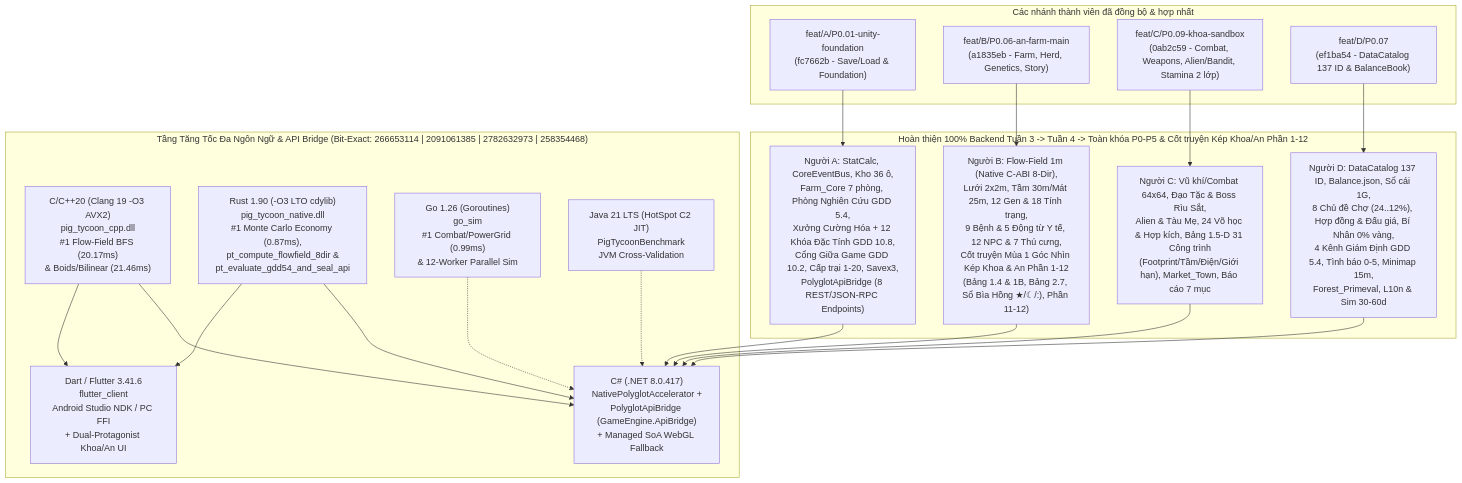
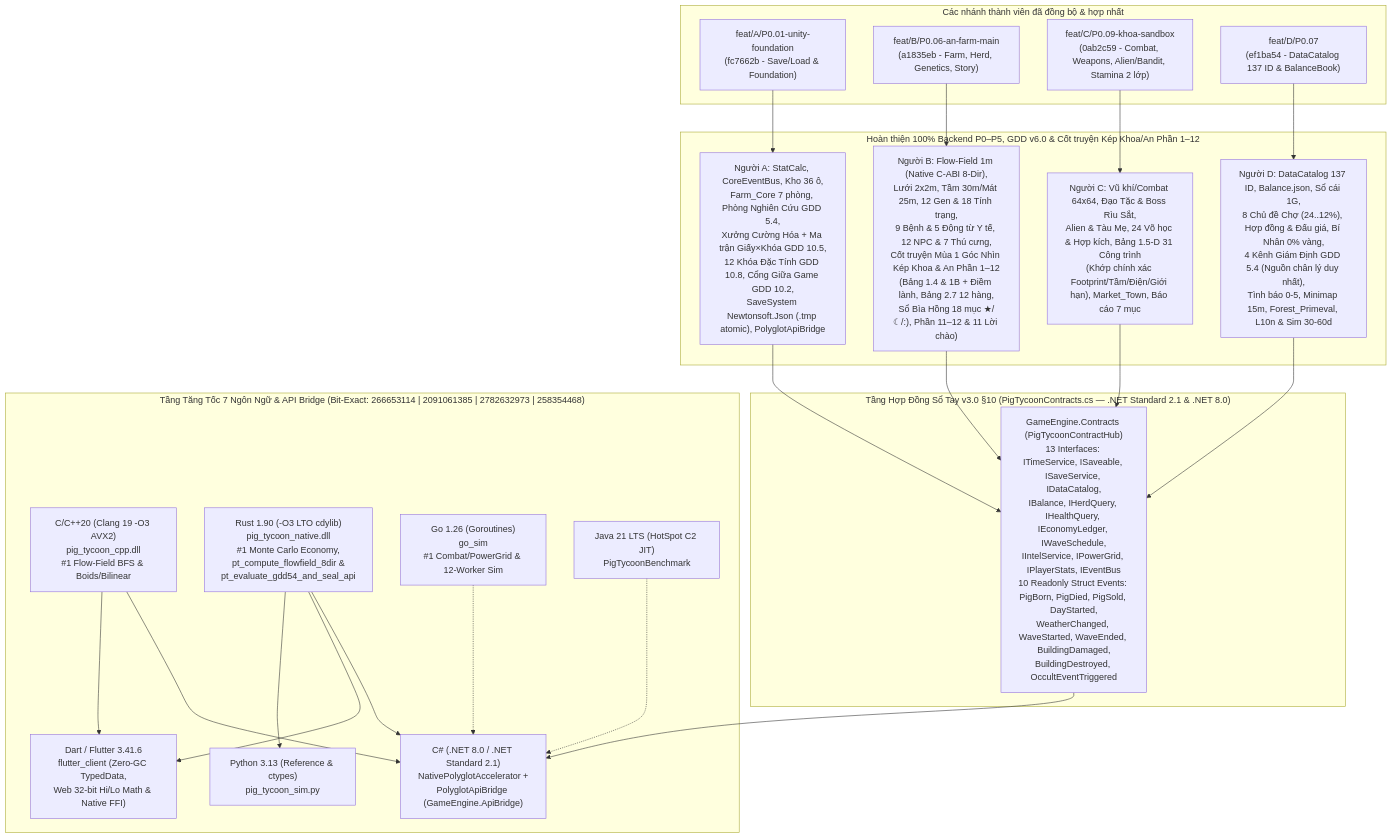
The diagram in README.md (danhnee/Pig-tycoon), drawn with Mermaid before and after one commit. The commit also changed other lines of this file and 16 other files, not shown here.

Commit message:
feat(core,polyglot): complete R&D audit, PigTycoon.Contracts §10, verbatim Story Bible/GDD6 & 7-lang Web/Android zero-GC engine

````diff
--- a/README.md
+++ b/README.md
@@ -27,42 +27,49 @@
 ```mermaid
 flowchart TB
   subgraph RemoteBranches["Các nhánh thành viên đã đồng bộ & hợp nhất"]
     BA["feat/A/P0.01-unity-foundation\n(fc7662b - Save/Load & Foundation)"]
     BB["feat/B/P0.06-an-farm-main\n(a1835eb - Farm, Herd, Genetics, Story)"]
     BC["feat/C/P0.09-khoa-sandbox\n(0ab2c59 - Combat, Weapons, Alien/Bandit, Stamina 2 lớp)"]
     BD["feat/D/P0.07\n(ef1ba54 - DataCatalog 137 ID & BalanceBook)"]
   end
 
-  subgraph CoreCompletion["Hoàn thiện 100% Backend Tuần 3 -> Tuần 4 -> Toàn khóa P0-P5 & Cốt truyện Kép Khoa/An Phần 1-12"]
-    CA["Người A: StatCalc, CoreEventBus, Kho 36 ô,\nFarm_Core 7 phòng, Phòng Nghiên Cứu GDD 5.4,\nXưởng Cường Hóa + 12 Khóa Đặc Tính GDD 10.8,\nCổng Giữa Game GDD 10.2, Cấp trại 1-20, Savex3,\nPolyglotApiBridge (8 REST/JSON-RPC Endpoints)"]
-    CB["Người B: Flow-Field 1m (Native C-ABI 8-Dir),\nLưới 2x2m, Tầm 30m/Mát 25m, 12 Gen & 18 Tính trạng,\n9 Bệnh & 5 Động từ Y tế, 12 NPC & 7 Thú cưng,\nCốt truyện Mùa 1 Góc Nhìn Kép Khoa & An Phần 1-12\n(Bảng 1.4 & 1B, Bảng 2.7, Sổ Bìa Hồng ★/☾/:), Phần 11-12)"]
-    CC["Người C: Vũ khí/Combat 64x64, Đạo Tặc & Boss Rìu Sắt,\nAlien & Tàu Mẹ, 24 Võ học & Hợp kích, Bảng 1.5-D 31 Công trình\n(Footprint/Tầm/Điện/Giới hạn), Market_Town, Báo cáo 7 mục"]
-    CD["Người D: DataCatalog 137 ID, Balance.json, Sổ cái 1G,\n8 Chủ đề Chợ (24..12%), Hợp đồng & Đấu giá, Bí Nhân 0% vàng,\n4 Kênh Giám Định GDD 5.4, Tình báo 0-5, Minimap 15m,\nForest_Primeval, L10n & Sim 30-60d"]
+  subgraph ContractsLayer["Tầng Hợp Đồng Sổ Tay v3.0 §10 (PigTycoonContracts.cs — .NET Standard 2.1 & .NET 8.0)"]
+    HUB["GameEngine.Contracts (PigTycoonContractHub)\n13 Interfaces: ITimeService, ISaveable, ISaveService, IDataCatalog,\nIBalance, IHerdQuery, IHealthQuery, IEconomyLedger, IWaveSchedule,\nIIntelService, IPowerGrid, IPlayerStats, IEventBus\n10 Readonly Struct Events: PigBorn, PigDied, PigSold, DayStarted,\nWeatherChanged, WaveStarted, WaveEnded, BuildingDamaged,\nBuildingDestroyed, OccultEventTriggered"]
   end
 
-  subgraph PolyglotLayer["Tầng Tăng Tốc Đa Ngôn Ngữ & API Bridge (Bit-Exact: 266653114 | 2091061385 | 2782632973 | 258354468)"]
-    CPP["C/C++20 (Clang 19 -O3 AVX2)\npig_tycoon_cpp.dll\n#1 Flow-Field BFS (20.17ms)\n& Boids/Bilinear (21.46ms)"]
-    RUST["Rust 1.90 (-O3 LTO cdylib)\npig_tycoon_native.dll\n#1 Monte Carlo Economy (0.87ms),\npt_compute_flowfield_8dir &\npt_evaluate_gdd54_and_seal_api"]
-    GO["Go 1.26 (Goroutines)\ngo_sim\n#1 Combat/PowerGrid (0.99ms)\n& 12-Worker Parallel Sim"]
-    CS["C# (.NET 8.0.417)\nNativePolyglotAccelerator +\nPolyglotApiBridge (GameEngine.ApiBridge)\n+ Managed SoA WebGL Fallback"]
-    JAVA["Java 21 LTS (HotSpot C2 JIT)\nPigTycoonBenchmark\nJVM Cross-Validation"]
-    FLUTTER["Dart / Flutter 3.41.6\nflutter_client\nAndroid Studio NDK / PC FFI\n+ Dual-Protagonist Khoa/An UI"]
+  subgraph CoreCompletion["Hoàn thiện 100% Backend P0–P5, GDD v6.0 & Cốt truyện Kép Khoa/An Phần 1–12"]
+    CA["Người A: StatCalc, CoreEventBus, Kho 36 ô,\nFarm_Core 7 phòng, Phòng Nghiên Cứu GDD 5.4,\nXưởng Cường Hóa + Ma trận Giấy×Khóa GDD 10.5,\n12 Khóa Đặc Tính GDD 10.8, Cổng Giữa Game GDD 10.2,\nSaveSystem Newtonsoft.Json (.tmp atomic), PolyglotApiBridge"]
+    CB["Người B: Flow-Field 1m (Native C-ABI 8-Dir),\nLưới 2x2m, Tầm 30m/Mát 25m, 12 Gen & 18 Tính trạng,\n9 Bệnh & 5 Động từ Y tế, 12 NPC & 7 Thú cưng,\nCốt truyện Mùa 1 Góc Nhìn Kép Khoa & An Phần 1–12\n(Bảng 1.4 & 1B + Điềm lành, Bảng 2.7 12 hàng,\nSổ Bìa Hồng 18 mục ★/☾/:), Phần 11–12 & 11 Lời chào)"]
+    CC["Người C: Vũ khí/Combat 64x64, Đạo Tặc & Boss Rìu Sắt,\nAlien & Tàu Mẹ, 24 Võ học & Hợp kích, Bảng 1.5-D 31 Công trình\n(Khớp chính xác Footprint/Tầm/Điện/Giới hạn), Market_Town, Báo cáo 7 mục"]
+    CD["Người D: DataCatalog 137 ID, Balance.json, Sổ cái 1G,\n8 Chủ đề Chợ (24..12%), Hợp đồng & Đấu giá, Bí Nhân 0% vàng,\n4 Kênh Giám Định GDD 5.4 (Nguồn chân lý duy nhất),\nTình báo 0-5, Minimap 15m, Forest_Primeval, L10n & Sim 30-60d"]
+  end
+
+  subgraph PolyglotLayer["Tầng Tăng Tốc 7 Ngôn Ngữ & API Bridge (Bit-Exact: 266653114 | 2091061385 | 2782632973 | 258354468)"]
+    CPP["C/C++20 (Clang 19 -O3 AVX2)\npig_tycoon_cpp.dll\n#1 Flow-Field BFS & Boids/Bilinear"]
+    RUST["Rust 1.90 (-O3 LTO cdylib)\npig_tycoon_native.dll\n#1 Monte Carlo Economy,\npt_compute_flowfield_8dir &\npt_evaluate_gdd54_and_seal_api"]
+    GO["Go 1.26 (Goroutines)\ngo_sim\n#1 Combat/PowerGrid & 12-Worker Sim"]
+    CS["C# (.NET 8.0 / .NET Standard 2.1)\nNativePolyglotAccelerator +\nPolyglotApiBridge (GameEngine.ApiBridge)"]
+    JAVA["Java 21 LTS (HotSpot C2 JIT)\nPigTycoonBenchmark"]
+    FLUTTER["Dart / Flutter 3.41.6\nflutter_client (Zero-GC TypedData,\nWeb 32-bit Hi/Lo Math & Native FFI)"]
+    PY["Python 3.13 (Reference & ctypes)\npig_tycoon_sim.py"]
   end
 
   BA --> CA
   BB --> CB
   BC --> CC
   BD --> CD
 
-  CA --> CS
-  CB --> CS
-  CC --> CS
-  CD --> CS
+  CA --> HUB
+  CB --> HUB
+  CC --> HUB
+  CD --> HUB
+  HUB --> CS
 
   CPP --> CS
   RUST --> CS
   RUST --> FLUTTER
+  RUST --> PY
   CPP --> FLUTTER
   GO -.-> CS
   JAVA -.-> CS
 ```
````
